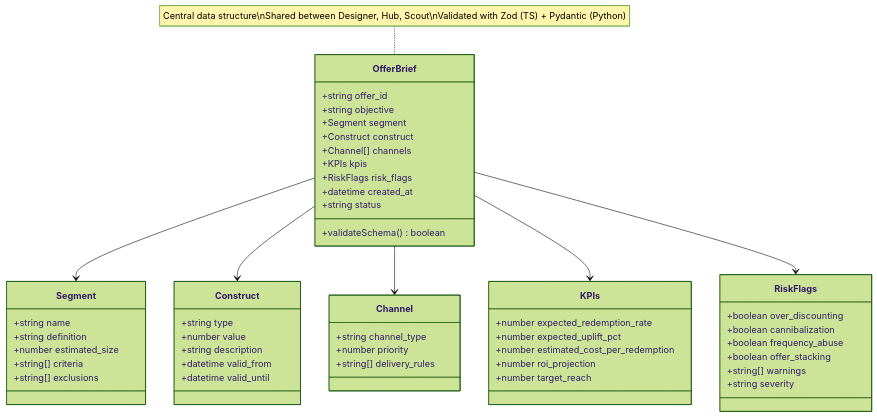
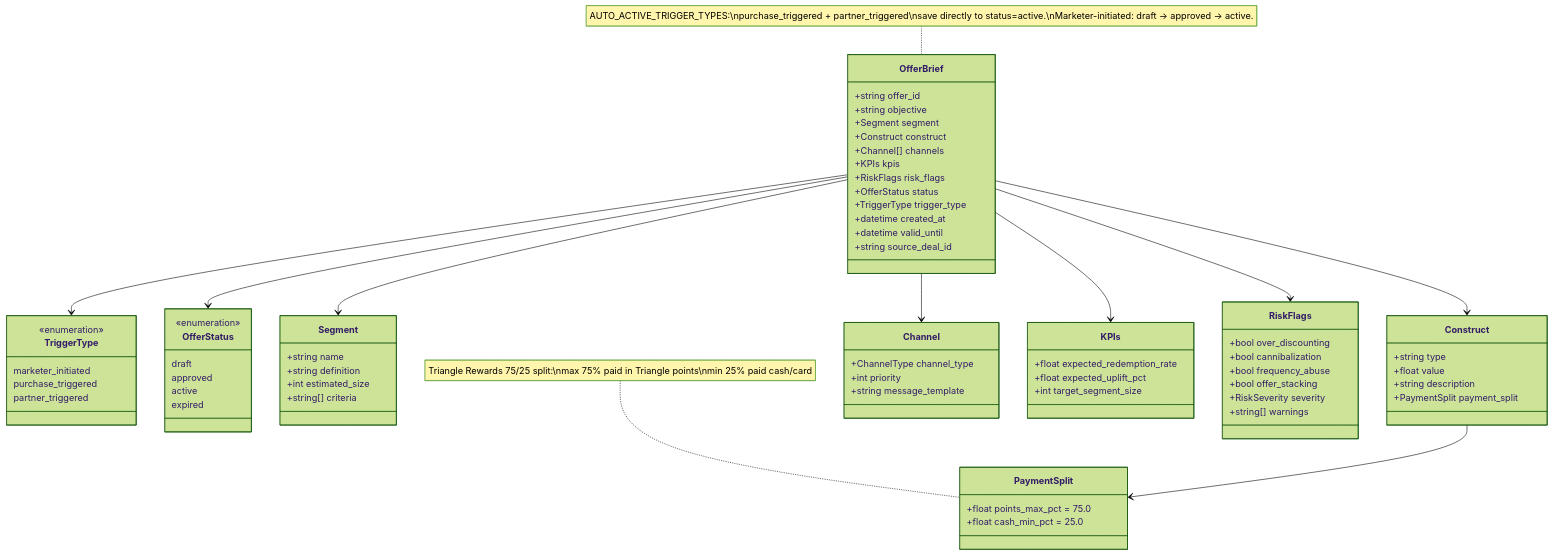
The eighth of 13 diagrams in docs/ARCHITECTURE.md (kartikey423/tristar), drawn with Mermaid (forest theme) before and after one commit. The commit also changed other lines of this file and 10 other files, not shown here.

````diff
--- a/docs/ARCHITECTURE.md
+++ b/docs/ARCHITECTURE.md
@@ -198,55 +364,77 @@
         +Channel[] channels
         +KPIs kpis
         +RiskFlags risk_flags
+        +OfferStatus status
+        +TriggerType trigger_type
         +datetime created_at
-        +string status
-        +validateSchema() boolean
+        +datetime valid_until
+        +string source_deal_id
+    }
+
+    class TriggerType {
+        <<enumeration>>
+        marketer_initiated
+        purchase_triggered
+        partner_triggered
+    }
+
+    class OfferStatus {
+        <<enumeration>>
+        draft
+        approved
+        active
+        expired
     }
 
     class Segment {
         +string name
         +string definition
-        +number estimated_size
+        +int estimated_size
         +string[] criteria
-        +string[] exclusions
+    }
+
+    class PaymentSplit {
+        +float points_max_pct = 75.0
+        +float cash_min_pct = 25.0
     }
 
     class Construct {
         +string type
-        +number value
+        +float value
         +string description
-        +datetime valid_from
-        +datetime valid_until
+        +PaymentSplit payment_split
     }
 
     class Channel {
-        +string channel_type
-        +number priority
-        +string[] delivery_rules
+        +ChannelType channel_type
+        +int priority
+        +string message_template
     }
 
     class KPIs {
-        +number expected_redemption_rate
-        +number expected_uplift_pct
-        +number estimated_cost_per_redemption
-        +number roi_projection
-        +number target_reach
+        +float expected_redemption_rate
+        +float expected_uplift_pct
+        +int target_segment_size
     }
 
     class RiskFlags {
-        +boolean over_discounting
-        +boolean cannibalization
-        +boolean frequency_abuse
-        +boolean offer_stacking
+        +bool over_discounting
+        +bool cannibalization
+        +bool frequency_abuse
+        +bool offer_stacking
+        +RiskSeverity severity
         +string[] warnings
-        +string severity
     }
 
+    OfferBrief --> TriggerType
+    OfferBrief --> OfferStatus
     OfferBrief --> Segment
     OfferBrief --> Construct
     OfferBrief --> Channel
     OfferBrief --> KPIs
     OfferBrief --> RiskFlags
+    Construct --> PaymentSplit
 
-    note for OfferBrief "Central data structure\nShared between Designer, Hub, Scout\nValidated with Zod (TS) + Pydantic (Python)"
+    note for OfferBrief "AUTO_ACTIVE_TRIGGER_TYPES:\npurchase_triggered + partner_triggered\nsave directly to status=active.\nMarketer-initiated: draft → approved → active."
+    note for PaymentSplit "Triangle Rewards 75/25 split:\nmax 75% paid in Triangle points\nmin 25% paid cash/card"
 ```
````
